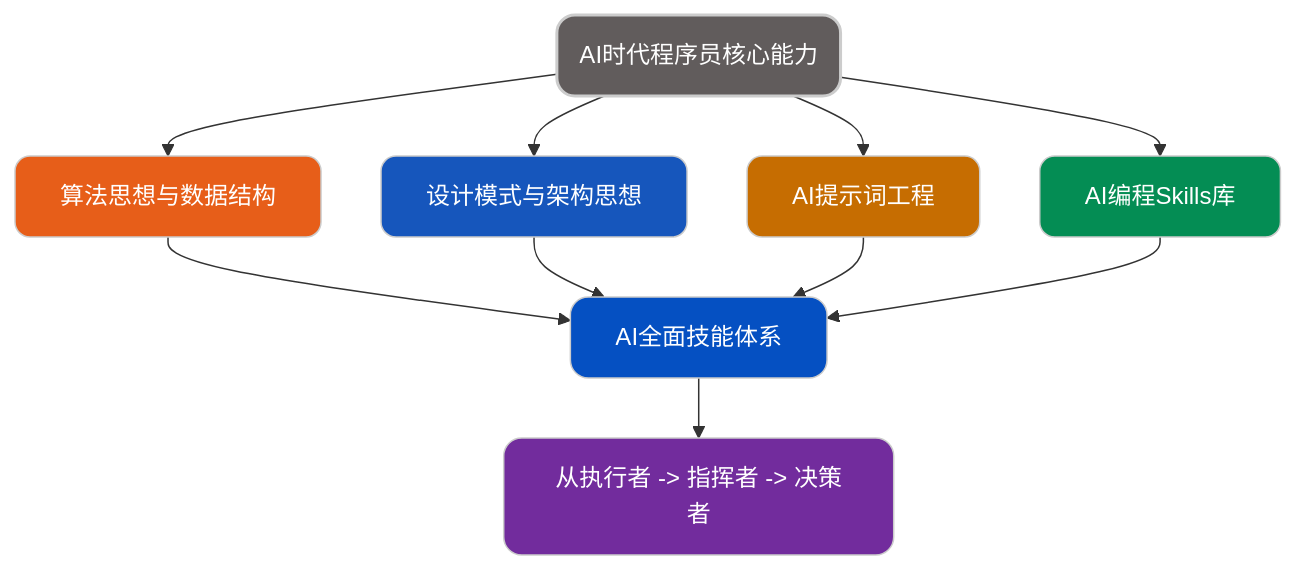
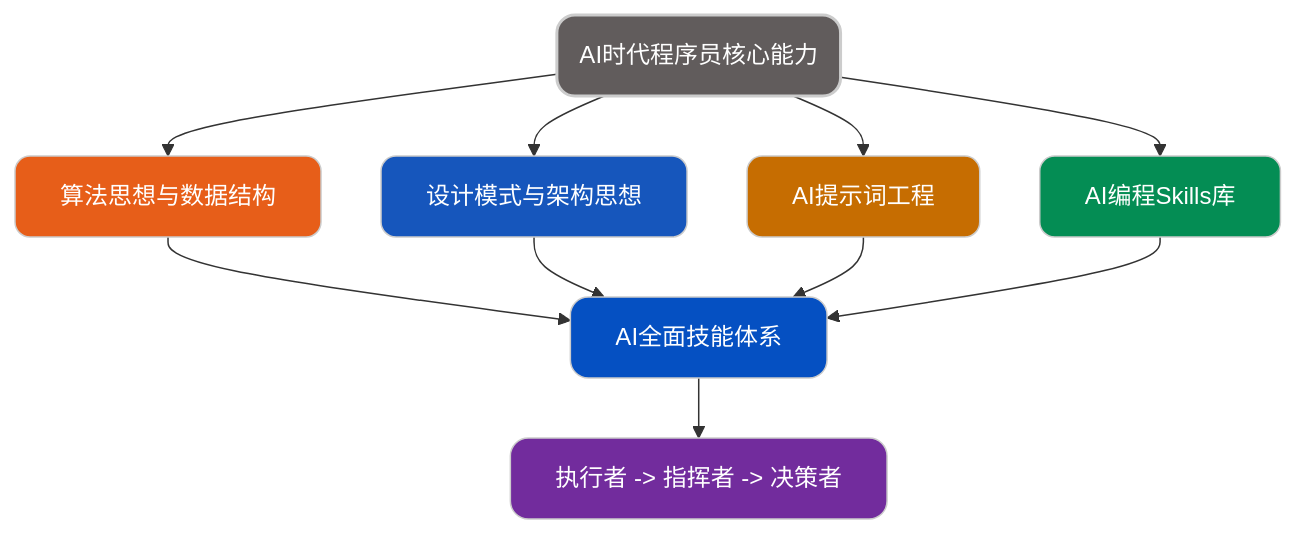
Before and after one commit to microwind/.github: the second of 2 diagrams in profile/README.md, drawn with Mermaid.

````diff
--- a/profile/README.md
+++ b/profile/README.md
@@ -51,27 +51,27 @@
 ```mermaid
 %%{init: {'flowchart': {'nodeSpacing': 40, 'rankSpacing': 40, 'padding': 15}}}%%
 graph TD
     A(AI时代程序员核心能力) --> B[算法思想与数据结构]
     A --> C[设计模式与架构思想]
     A --> D[AI提示词工程]
     A --> E[AI编程Skills库]
     
     B --> F[驾驭AI的底层根基]
     C --> F[驱动AI的架构思维]
     D --> F[高效协作AI的工具]
     E --> F[AI全面技能体系]
     
-    F --> G[从执行者 -> 指挥者 -> 决策者]
+    F --> G[执行者 -> 指挥者 -> 决策者]
 
     %% 主节点
     style A fill:#615C5C,stroke:#ccc,color:#fff,stroke-width:2px,rx:12,ry:12
     %% 核心能力节点
     style B fill:#E75E19,stroke:#ccc,color:#fff,rx:10,ry:10
     style C fill:#1656BC,stroke:#ccc,color:#fff,rx:10,ry:10
     style D fill:#C66D01,stroke:#ccc,color:#fff,rx:10,ry:10
     style E fill:#048D54,stroke:#ccc,color:#fff,rx:10,ry:10
     %% 汇总能力节点
     style F fill:#0550C2,stroke:#ccc,color:#fff,rx:12,ry:12
     %% 最终能力发展节点
     style G fill:#722C9D,stroke:#ccc,color:#fff,stroke-width:1px,rx:12,ry:12
 ```
````
